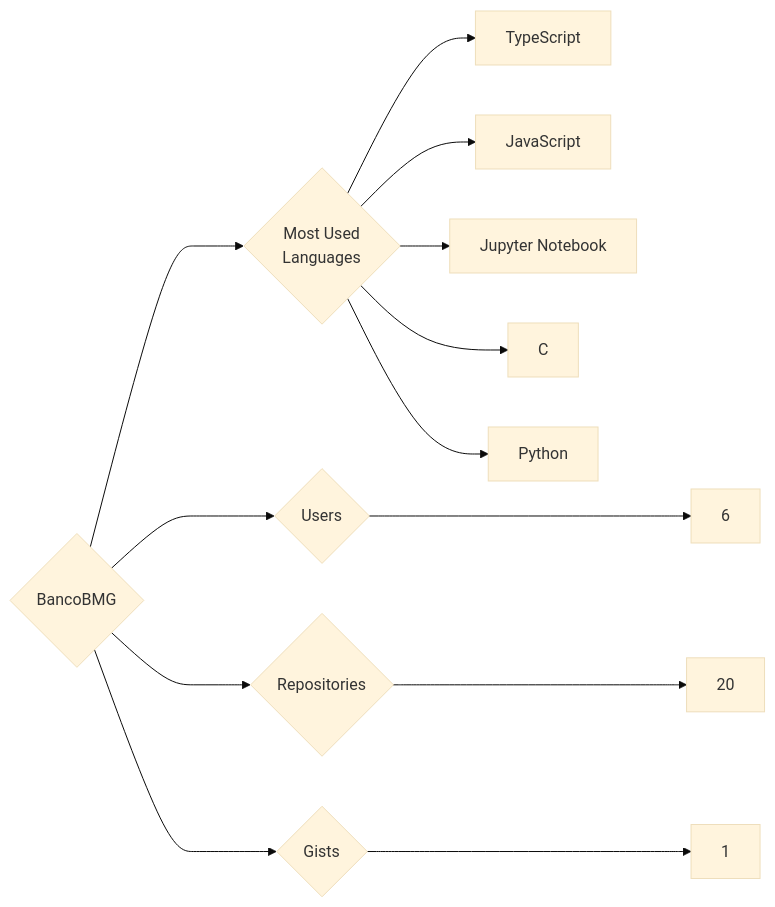
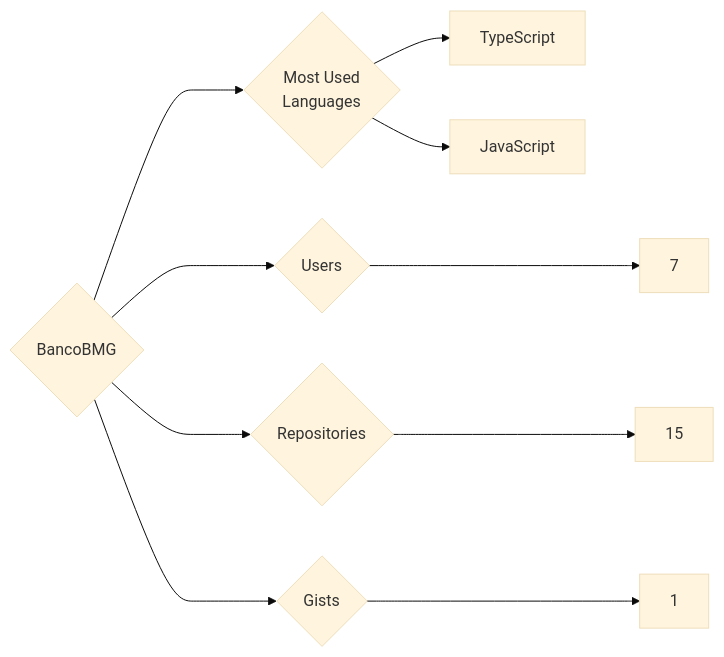
Before and after one commit to trickest/insiders: the diagram in targets/BancoBMG/README.md, drawn with Mermaid (base theme). The commit also changed 1036 other files, not shown here.

````diff
--- a/targets/BancoBMG/README.md
+++ b/targets/BancoBMG/README.md
@@ -3,13 +3,10 @@
 ```mermaid
 graph LR
 COMPANY_NAME{BancoBMG}
-COMPANY_NAME ---> U{Users} ---> UN[6]
-COMPANY_NAME ---> R{Repositories} ---> RN[20]
+COMPANY_NAME ---> U{Users} ---> UN[7]
+COMPANY_NAME ---> R{Repositories} ---> RN[15]
 COMPANY_NAME ---> G{Gists} ---> GN[1]
 COMPANY_NAME ---> ML{Most Used<br>Languages}
 ML --> TypeScript[TypeScript]
 ML --> JavaScript[JavaScript]
-ML --> Jupyter_Notebook[Jupyter Notebook]
-ML --> C[C]
-ML --> Python[Python]
 ```
````
